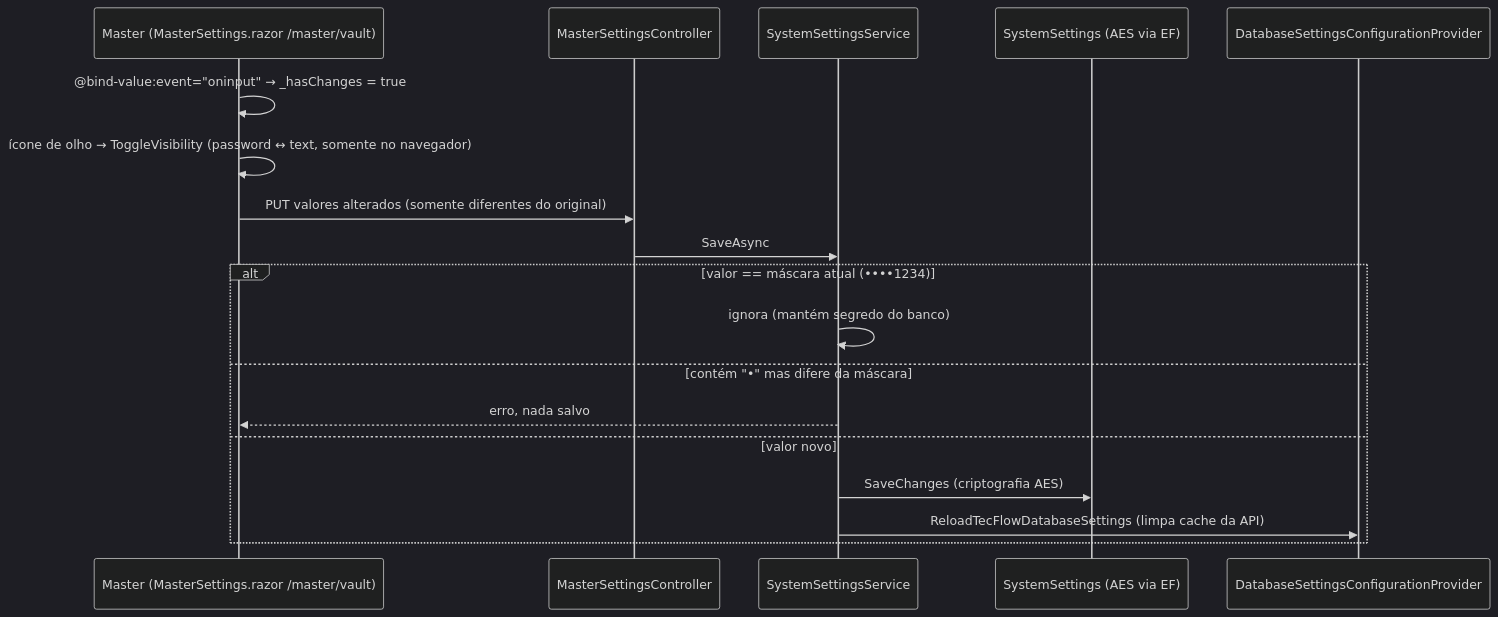
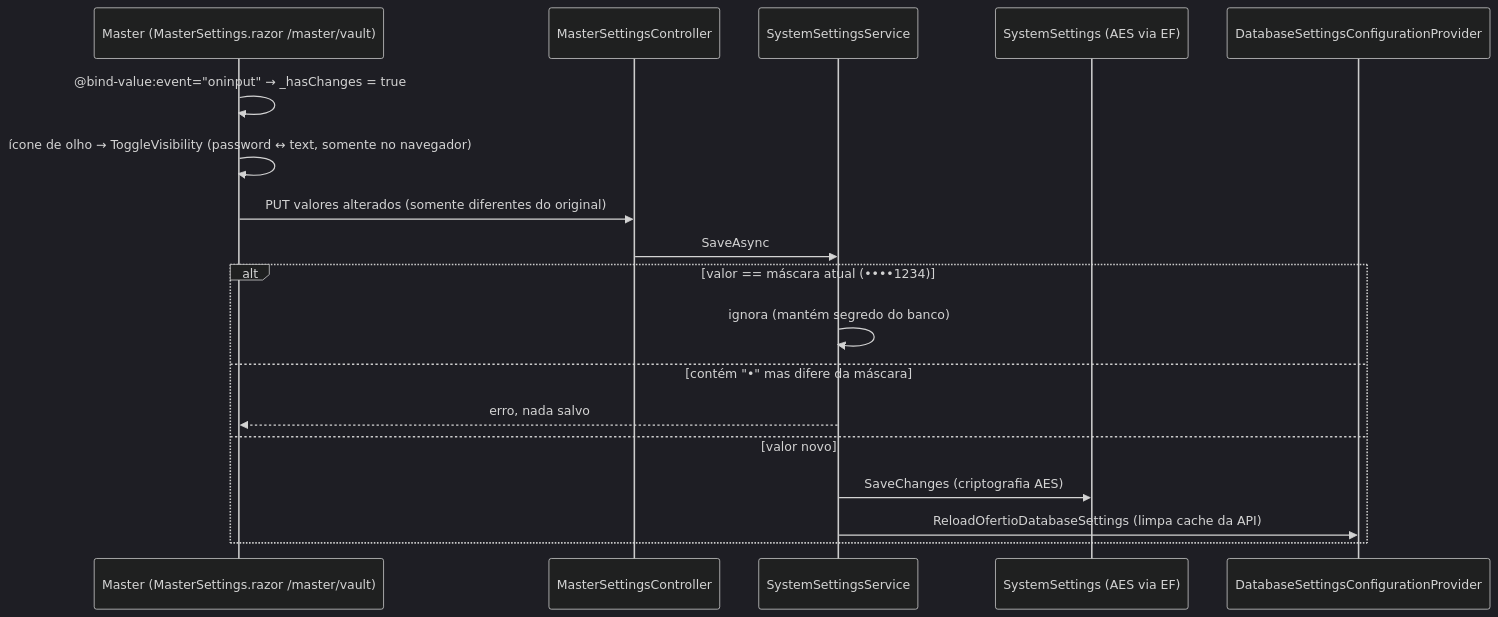
Before and after one commit to ronyaraujodeveloper/TecFlow: diagram 27 of 29 in docs/DIAGRAMAS_ARQUITETURA.md, drawn with Mermaid (dark theme). The commit also changed other lines of this file and 2495 other files, not shown here.

First line of the commit message:
refactor!: migra marca TecFlow para Ofertio

````diff
--- a/docs/DIAGRAMAS_ARQUITETURA.md
+++ b/docs/DIAGRAMAS_ARQUITETURA.md
@@ -1662,20 +1665,20 @@
 ```mermaid
 sequenceDiagram
   participant U as Master (MasterSettings.razor /master/vault)
   participant API as MasterSettingsController
   participant S as SystemSettingsService
   participant DB as SystemSettings (AES via EF)
   participant CFG as DatabaseSettingsConfigurationProvider
   U->>U: @bind-value:event="oninput" → _hasChanges = true
   U->>U: ícone de olho → ToggleVisibility (password ↔ text, somente no navegador)
   U->>API: PUT valores alterados (somente diferentes do original)
   API->>S: SaveAsync
   alt valor == máscara atual (••••1234)
     S->>S: ignora (mantém segredo do banco)
   else contém "•" mas difere da máscara
     S-->>U: erro, nada salvo
   else valor novo
     S->>DB: SaveChanges (criptografia AES)
-    S->>CFG: ReloadTecFlowDatabaseSettings (limpa cache da API)
+    S->>CFG: ReloadOfertioDatabaseSettings (limpa cache da API)
   end
 ```
````
